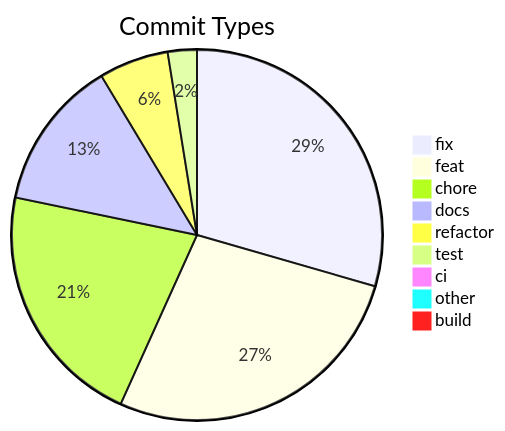
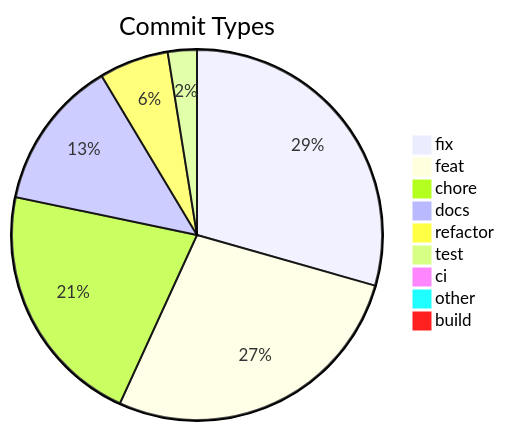
The diagram in .shipwright/compliance/change-history.md (svenroth-ai/shipwright), drawn with Mermaid before and after one commit. The commit also changed other lines of this file and 22 other files, not shown here.

````diff
--- a/.shipwright/compliance/change-history.md
+++ b/.shipwright/compliance/change-history.md
@@ -8,12 +8,12 @@
 ```mermaid
 pie title Commit Types
     "fix" : 325
-    "feat" : 301
+    "feat" : 303
     "chore" : 237
     "docs" : 145
     "refactor" : 67
     "test" : 28
     "ci" : 11
     "other" : 7
     "build" : 1
 ```
````
